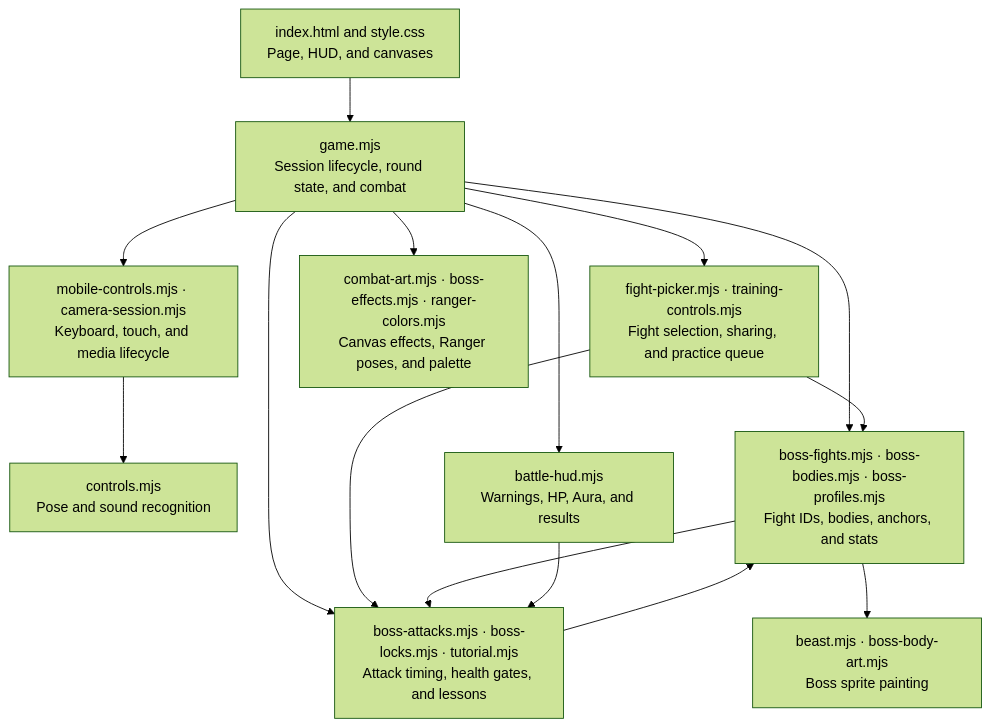
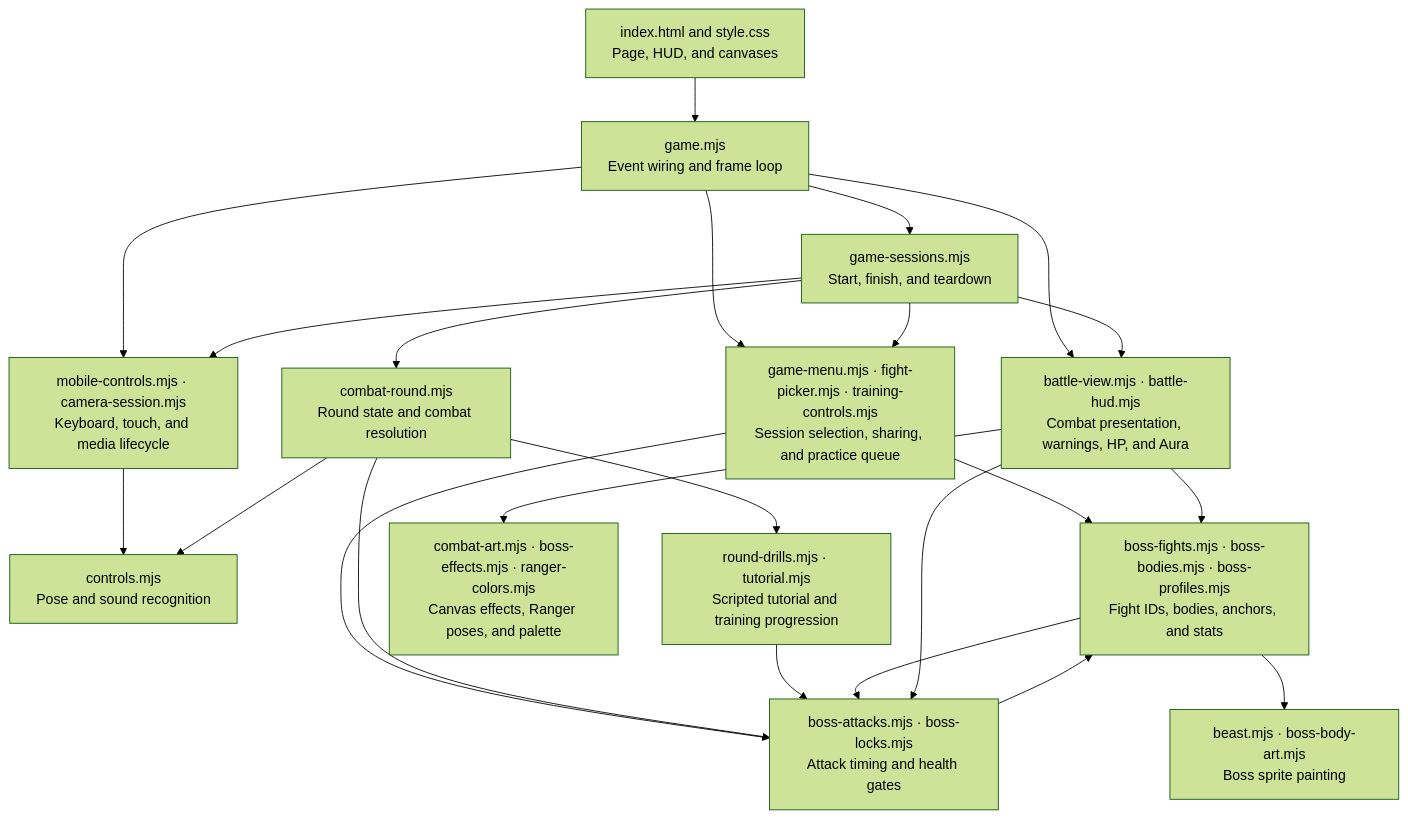
One commit to Cheunglo/rift-ranger changed the diagram in ARCHITECTURE.md. Above: the diagram before and after it, drawn with Mermaid (forest theme). The commit also changed other lines of this file and 10 other files, not shown here.

Commit message:
Separate the game loop from menus sessions and combat

````diff
--- a/ARCHITECTURE.md
+++ b/ARCHITECTURE.md
@@ -9,28 +9,39 @@
 ```mermaid
 flowchart TD
   Page["index.html and style.css<br/>Page, HUD, and canvases"]
-  Game["game.mjs<br/>Session lifecycle, round state, and combat"]
-  Menus["fight-picker.mjs · training-controls.mjs<br/>Fight selection, sharing, and practice queue"]
+  Game["game.mjs<br/>Event wiring and frame loop"]
+  Sessions["game-sessions.mjs<br/>Start, finish, and teardown"]
+  Menus["game-menu.mjs · fight-picker.mjs · training-controls.mjs<br/>Session selection, sharing, and practice queue"]
   Input["mobile-controls.mjs · camera-session.mjs<br/>Keyboard, touch, and media lifecycle"]
   Detection["controls.mjs<br/>Pose and sound recognition"]
+  Combat["combat-round.mjs<br/>Round state and combat resolution"]
+  Drills["round-drills.mjs · tutorial.mjs<br/>Scripted tutorial and training progression"]
   Fights["boss-fights.mjs · boss-bodies.mjs · boss-profiles.mjs<br/>Fight IDs, bodies, anchors, and stats"]
-  Rules["boss-attacks.mjs · boss-locks.mjs · tutorial.mjs<br/>Attack timing, health gates, and lessons"]
-  Hud["battle-hud.mjs<br/>Warnings, HP, Aura, and results"]
+  Rules["boss-attacks.mjs · boss-locks.mjs<br/>Attack timing and health gates"]
+  View["battle-view.mjs · battle-hud.mjs<br/>Combat presentation, warnings, HP, and Aura"]
   Art["combat-art.mjs · boss-effects.mjs · ranger-colors.mjs<br/>Canvas effects, Ranger poses, and palette"]
   Sprites["beast.mjs · boss-body-art.mjs<br/>Boss sprite painting"]
 
   Page --> Game
+  Game --> Sessions
   Game --> Menus
   Game --> Input
-  Game --> Fights
-  Game --> Rules
-  Game --> Hud
-  Game --> Art
+  Game --> View
+  Sessions --> Menus
+  Sessions --> Combat
+  Sessions --> View
+  Sessions --> Input
   Menus --> Fights
   Menus --> Rules
   Input --> Detection
+  Combat --> Detection
+  Combat --> Rules
+  Combat --> Drills
+  Drills --> Rules
   Fights --> Rules
   Fights --> Sprites
   Rules --> Fights
-  Hud --> Rules
+  View --> Rules
+  View --> Art
+  View --> Fights
 ```
````
